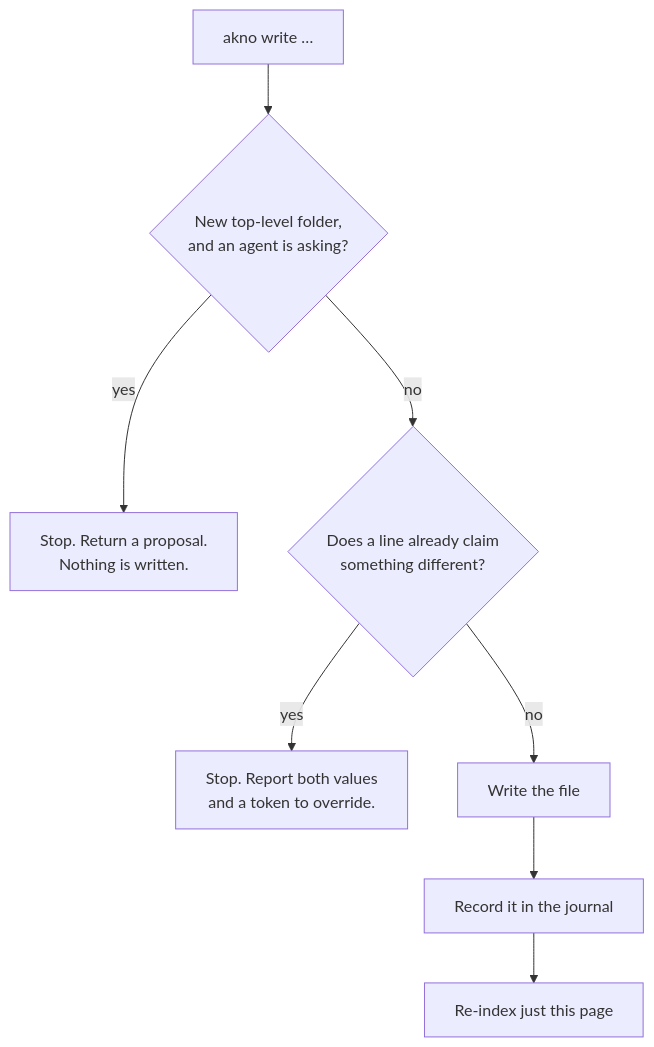
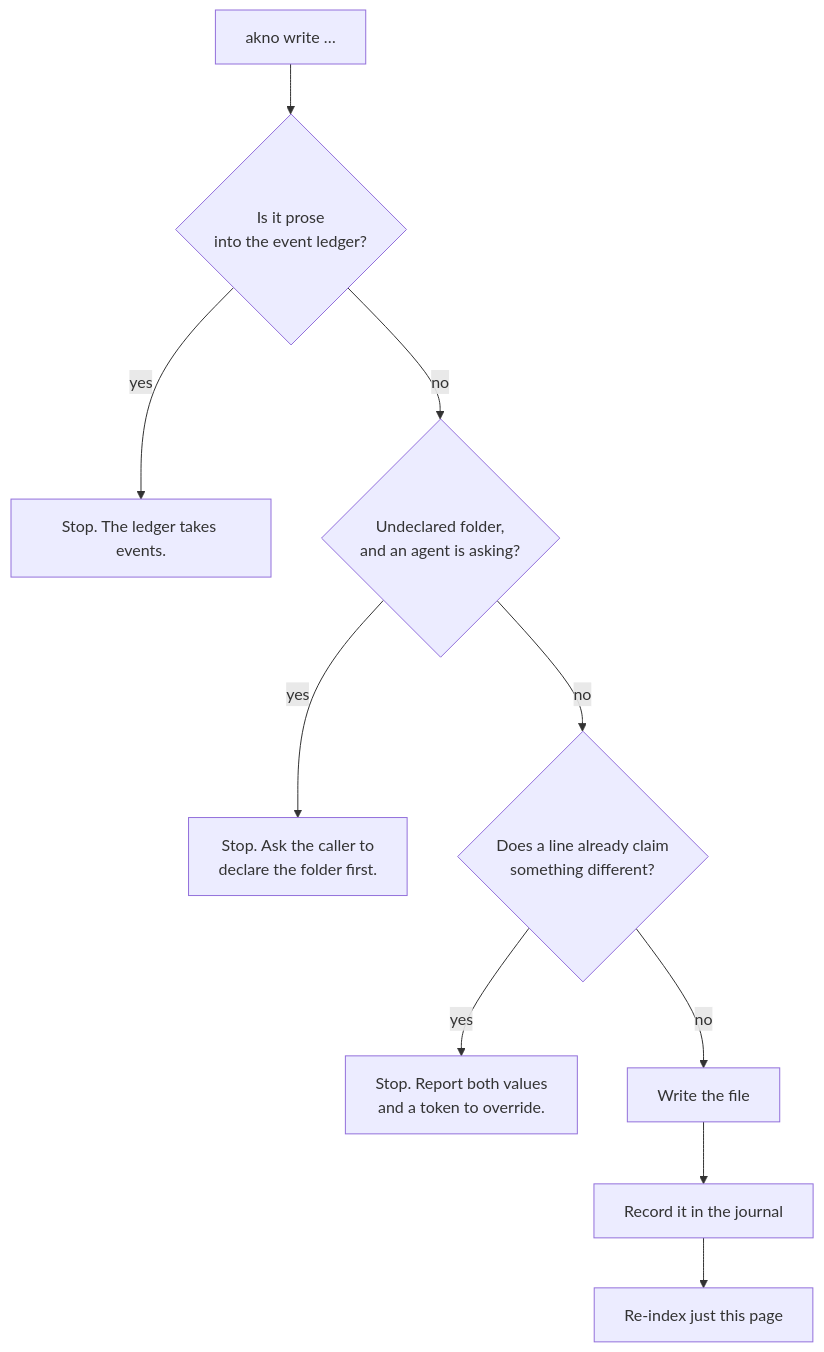
The fourth of 7 diagrams in HOW-IT-WORKS.md (tenphi/akno), drawn with Mermaid before and after one commit. The commit also changed other lines of this file and 59 other files, not shown here.

````diff
--- a/HOW-IT-WORKS.md
+++ b/HOW-IT-WORKS.md
@@ -303,10 +304,12 @@
 ```mermaid
 flowchart TD
-    start["akno write …"] --> gate{"New top-level folder,<br/>and an agent is asking?"}
-    gate -->|yes| propose["Stop. Return a proposal.<br/>Nothing is written."]
+    start["akno write …"] --> ledger{"Is it prose<br/>into the event ledger?"}
+    ledger -->|yes| refuse["Stop. The ledger takes events."]
+    ledger -->|no| gate{"Undeclared folder,<br/>and an agent is asking?"}
+    gate -->|yes| declare["Stop. Ask the caller to<br/>declare the folder first."]
     gate -->|no| conflict{"Does a line already claim<br/>something different?"}
     conflict -->|yes| report["Stop. Report both values<br/>and a token to override."]
     conflict -->|no| disk["Write the file"]
     disk --> journal["Record it in the journal"]
     journal --> reindex["Re-index just this page"]
 ```
````
